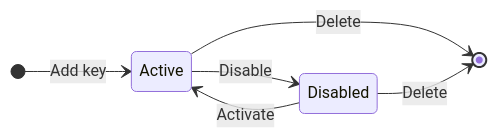
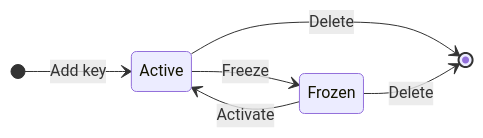
One commit to VitroTech/agentroot-docs changed the second of 2 diagrams in lifecycle.mdx. Above: the diagram before and after it, drawn with Mermaid. The commit also changed other lines of this file and 11 other files, not shown here.

````diff
--- a/lifecycle.mdx
+++ b/lifecycle.mdx
@@ -88,9 +90,9 @@
 ```mermaid
 stateDiagram-v2
     direction LR
     [*] --> Active : Add key
-    Active --> Disabled : Disable
-    Disabled --> Active : Activate
+    Active --> Frozen : Freeze
+    Frozen --> Active : Activate
     Active --> [*] : Delete
-    Disabled --> [*] : Delete
+    Frozen --> [*] : Delete
 ```
````
